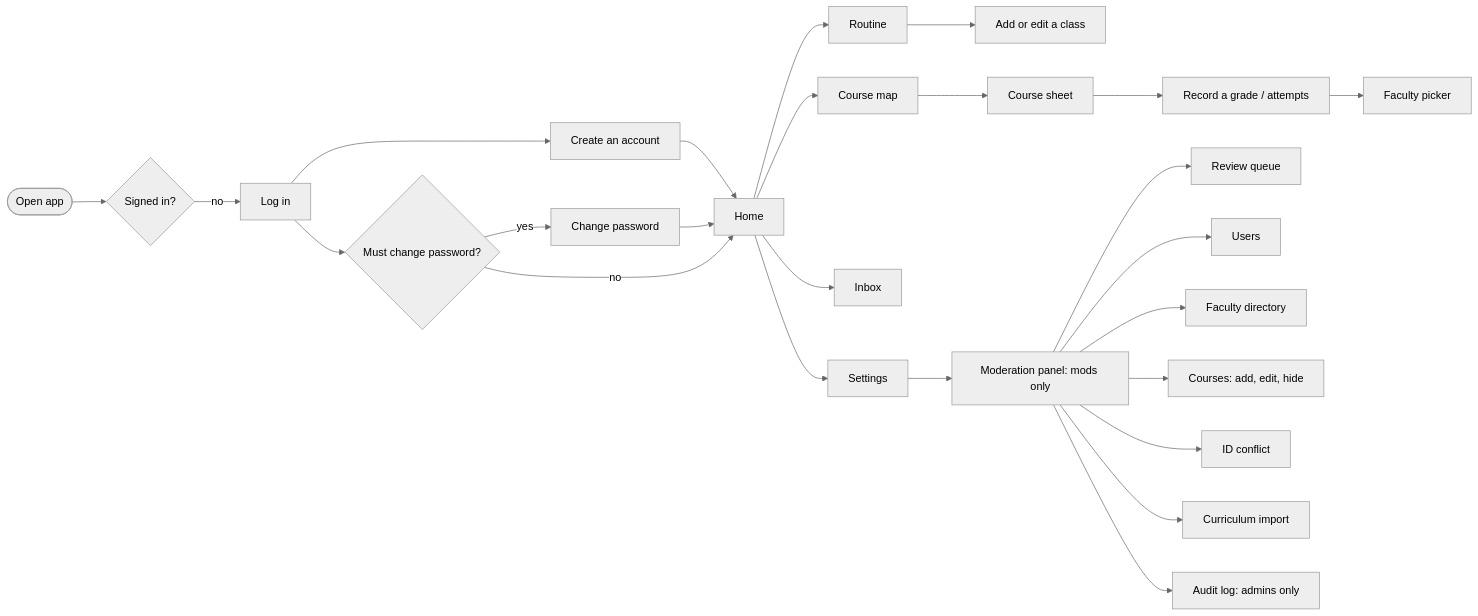
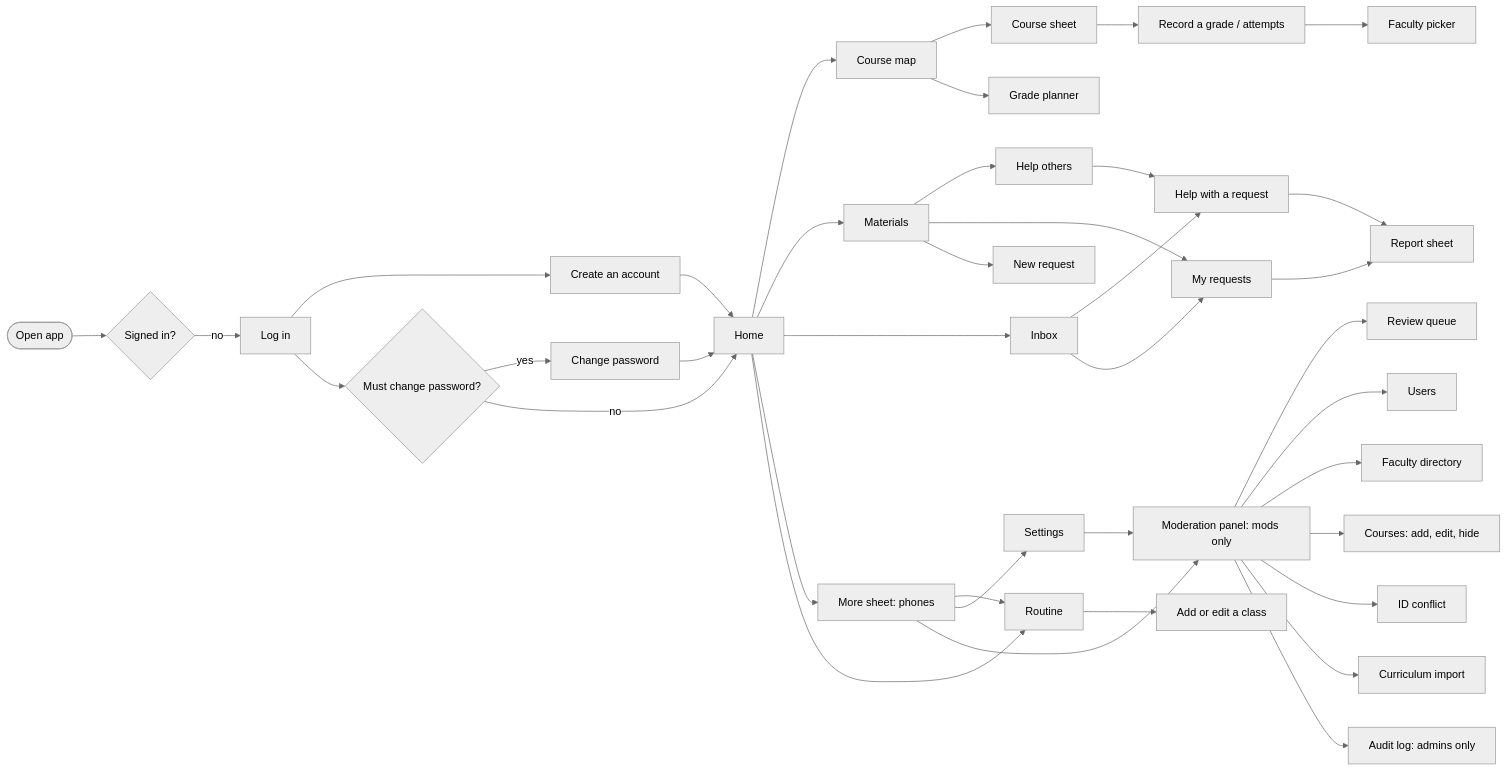
Before and after one commit to shithil17/UniLink: the diagram in docs/screens.md, drawn with Mermaid (neutral theme). The commit also changed other lines of this file and 9 other files, not shown here.

Commit message:
docs(planner,resources): add planner and resource flows, requirements, screens, test cases and legal drafts

````diff
--- a/docs/screens.md
+++ b/docs/screens.md
@@ -14,27 +14,40 @@
 ```mermaid
 flowchart LR
   Start([Open app]) --> S{Signed in?}
   S -- no --> Login[Log in]
   Login --> Signup[Create an account]
   Signup --> Home
   Login --> P{Must change password?}
   P -- yes --> Change[Change password]
   Change --> Home
   P -- no --> Home[Home]
   Home --> Courses[Course map]
-  Home --> Routine[Routine]
+  Home --> Materials[Materials]
+  Home --> Inbox[Inbox]
+  Home --> More[More sheet: phones]
+  More --> Routine[Routine]
+  More --> Settings[Settings]
+  More --> Mod[Moderation panel: mods only]
+  Home --> Routine
   Routine --> ClassSheet[Add or edit a class]
-  Home --> Inbox[Inbox]
-  Home --> Settings[Settings]
   Courses --> Sheet[Course sheet]
+  Courses --> Planner[Grade planner]
   Sheet --> Attempt[Record a grade / attempts]
   Attempt --> Picker[Faculty picker]
-  Settings --> Mod[Moderation panel: mods only]
+  Materials --> Help[Help others]
+  Materials --> Mine[My requests]
+  Materials --> NewReq[New request]
+  Help --> Submit[Help with a request]
+  Inbox --> Submit
+  Inbox --> Mine
+  Mine --> Report[Report sheet]
+  Submit --> Report
+  Settings --> Mod
   Mod --> Queue[Review queue]
   Mod --> Users[Users]
   Mod --> Faculty[Faculty directory]
   Mod --> CourseAdmin[Courses: add, edit, hide]
   Mod --> Conflict[ID conflict]
   Mod --> Import[Curriculum import]
   Mod --> Audit[Audit log: admins only]
 ```
````
